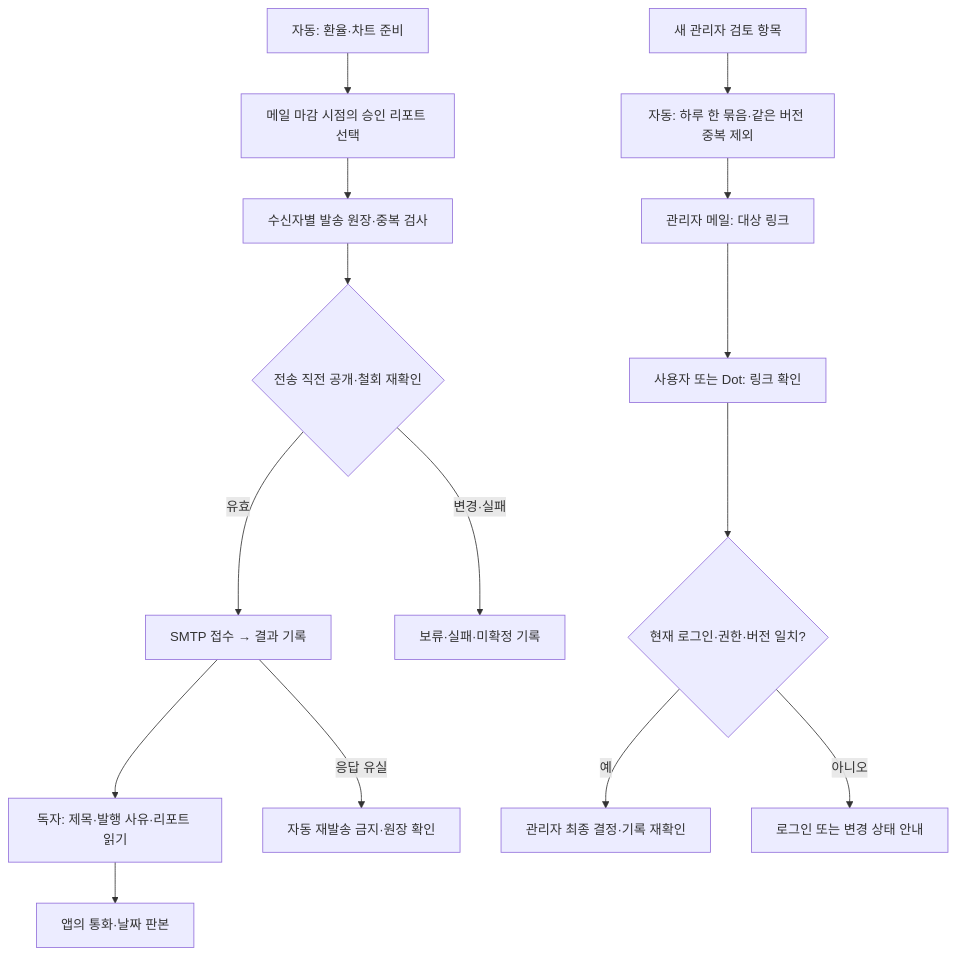
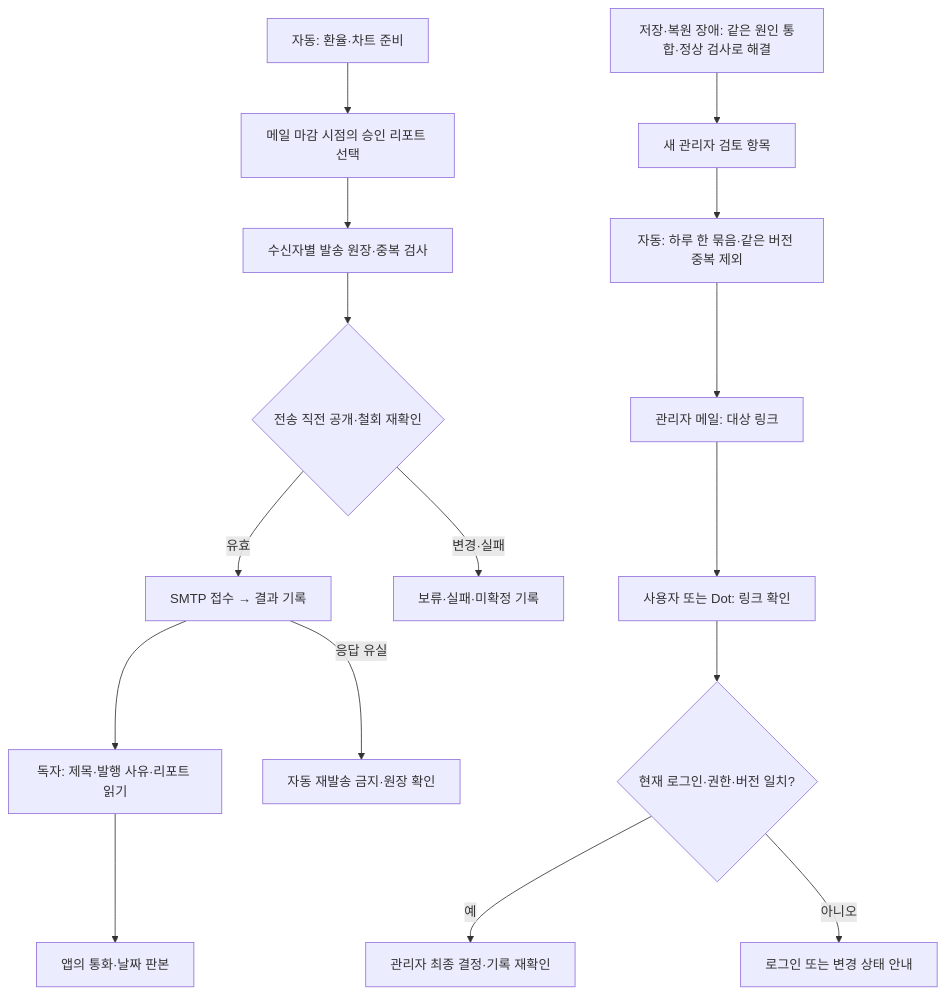
Before and after one commit to erleri/congenial-octo-garbanzo: the diagram in docs/guide/diagrams/06-email.mmd, drawn with Mermaid. The commit also changed 64 other files, not shown here.

```diff
--- a/docs/guide/diagrams/06-email.mmd
+++ b/docs/guide/diagrams/06-email.mmd
@@ -1,19 +1,20 @@
 flowchart TD
   DATA[자동: 환율·차트 준비] --> CUTOFF[메일 마감 시점의 승인 리포트 선택]
   CUTOFF --> LEDGER[수신자별 발송 원장·중복 검사]
   LEDGER --> LIVE{전송 직전 공개·철회 재확인}
   LIVE -->|유효| SMTP[SMTP 접수 → 결과 기록]
   LIVE -->|변경·실패| HOLD[보류·실패·미확정 기록]
   SMTP --> MAIL[독자: 제목·발행 사유·리포트 읽기]
   MAIL --> APP[앱의 통화·날짜 판본]
-  NEW[새 관리자 검토 항목] --> DIGEST[자동: 하루 한 묶음·같은 버전 중복 제외]
+  INCIDENT[저장·복원 장애: 같은 원인 통합·정상 검사로 해결] --> NEW[새 관리자 검토 항목]
+  NEW --> DIGEST[자동: 하루 한 묶음·같은 버전 중복 제외]
   DIGEST --> NOTICE[관리자 메일: 대상 링크]
   NOTICE --> DOT[사용자 또는 Dot: 링크 확인]
   DOT --> AUTH{현재 로그인·권한·버전 일치?}
   AUTH -->|예| HUMAN[관리자 최종 결정·기록 재확인]
   AUTH -->|아니오| STOP[로그인 또는 변경 상태 안내]
   SMTP -->|응답 유실| UNKNOWN[자동 재발송 금지·원장 확인]
   classDef normal fill:#edf4f8,stroke:#25465d,color:#162f43;
   classDef decision fill:#fff4d6,stroke:#8a6416,color:#42330e;
   classDef human fill:#e5f3ee,stroke:#19745f,color:#104b3e;
   classDef hold fill:#fceceb,stroke:#a64e45,color:#71302a;
```
